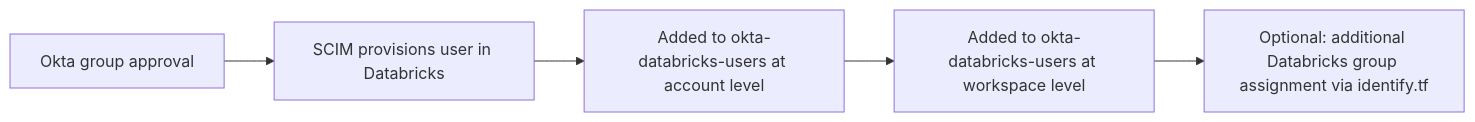
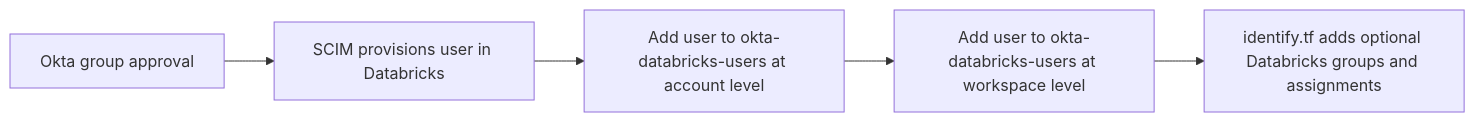
The first of 2 diagrams in ARCHITECTURE.md (giuliano-altobelli/databricks-infra), drawn with Mermaid before and after one commit. The commit also changed other lines of this file and 1 other file, not shown here.

Commit message:
docs(identity): align users_groups spec with current terraform

````diff
--- a/ARCHITECTURE.md
+++ b/ARCHITECTURE.md
@@ -37,7 +37,7 @@
 ```mermaid
 flowchart LR
   Okta[Okta group approval] --> Scim[SCIM provisions user in Databricks]
-  Scim --> AccountGroup[Added to okta-databricks-users at account level]
-  AccountGroup --> WorkspaceGroup[Added to okta-databricks-users at workspace level]
-  WorkspaceGroup --> OptionalGroup[Optional: additional Databricks group assignment via identify.tf]
+  Scim --> AccountGroup[Add user to okta-databricks-users at account level]
+  AccountGroup --> WorkspaceGroup[Add user to okta-databricks-users at workspace level]
+  WorkspaceGroup --> OptionalGroup[identify.tf adds optional Databricks groups and assignments]
 ```
````
